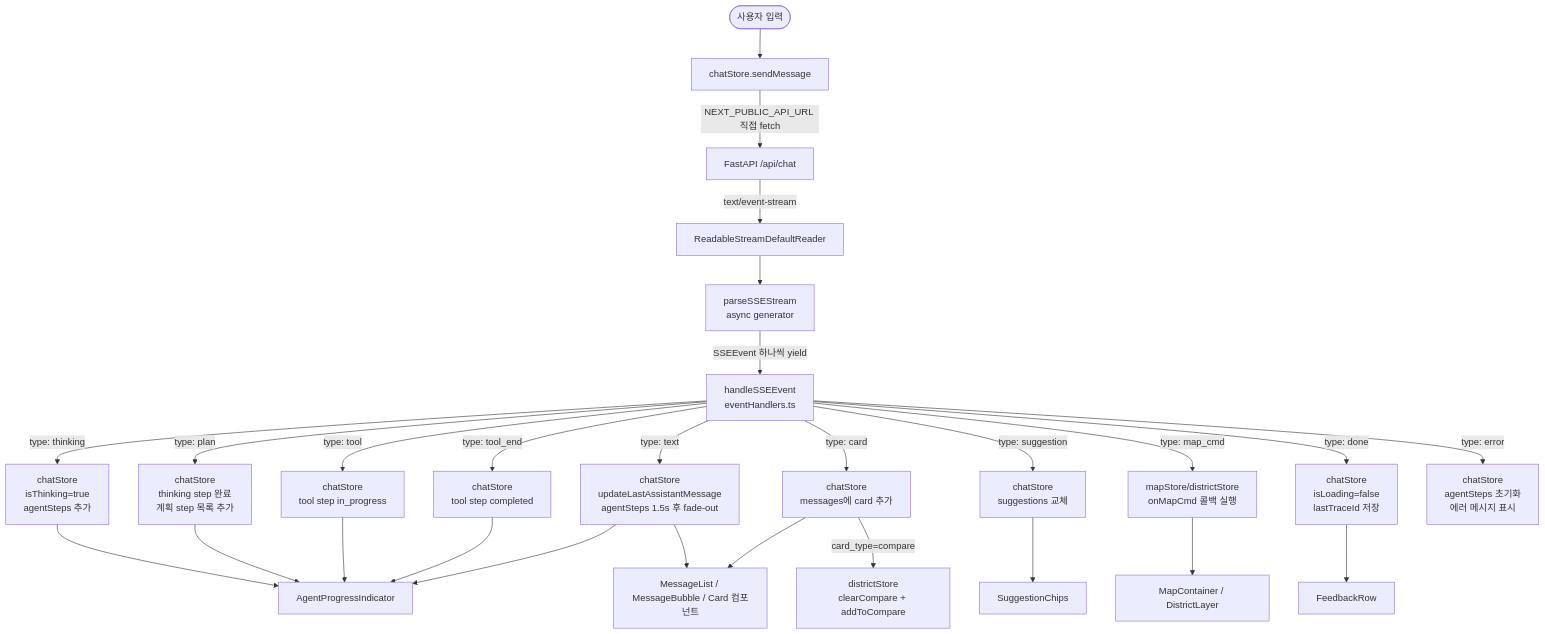
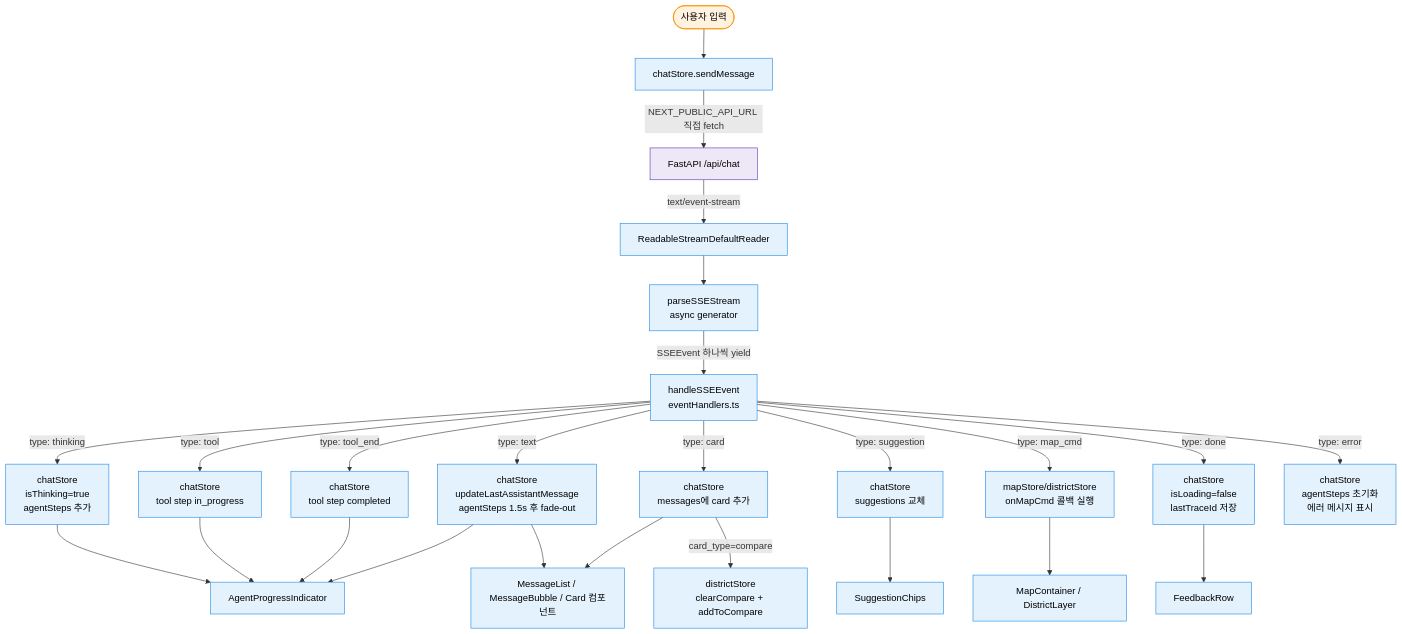
The first of 2 diagrams in docs/learning/02-프론트엔드-화면.md (SJayKim/Catchment-Area-Analysis), drawn with Mermaid before and after one commit. The commit also changed other lines of this file and 6 other files, not shown here.

````diff
--- a/docs/learning/02-프론트엔드-화면.md
+++ b/docs/learning/02-프론트엔드-화면.md
@@ -21,27 +21,33 @@
 ```mermaid
 flowchart TD
-    USER([사용자 입력]) --> SM[chatStore.sendMessage]
-    SM -->|NEXT_PUBLIC_API_URL 직접 fetch| BE[FastAPI /api/chat]
-    BE -->|text/event-stream| READER[ReadableStreamDefaultReader]
-    READER --> PARSER[parseSSEStream\nasync generator]
+    USER([사용자 입력]) --> SM["chatStore.sendMessage"]
+    SM -->|NEXT_PUBLIC_API_URL 직접 fetch| BE["FastAPI /api/chat"]
+    BE -->|text/event-stream| READER["ReadableStreamDefaultReader"]
+    READER --> PARSER["parseSSEStream<br/>async generator"]
 
-    PARSER -->|SSEEvent 하나씩 yield| HANDLER[handleSSEEvent\neventHandlers.ts]
+    PARSER -->|SSEEvent 하나씩 yield| HANDLER["handleSSEEvent<br/>eventHandlers.ts"]
 
-    HANDLER -->|type: thinking| CS1[chatStore\nisThinking=true\nagentSteps 추가]
-    HANDLER -->|type: plan| CS2[chatStore\nthinking step 완료\n계획 step 목록 추가]
-    HANDLER -->|type: tool| CS3[chatStore\ntool step in_progress]
-    HANDLER -->|type: tool_end| CS4[chatStore\ntool step completed]
-    HANDLER -->|type: text| CS5[chatStore\nupdateLastAssistantMessage\nagentSteps 1.5s 후 fade-out]
-    HANDLER -->|type: card| CS6[chatStore\nmessages에 card 추가]
-    CS6 -->|card_type=compare| DS[districtStore\nclearCompare + addToCompare]
-    HANDLER -->|type: suggestion| CS7[chatStore\nsuggestions 교체]
-    HANDLER -->|type: map_cmd| MS[mapStore/districtStore\nonMapCmd 콜백 실행]
-    HANDLER -->|type: done| CS8[chatStore\nisLoading=false\nlastTraceId 저장]
-    HANDLER -->|type: error| CS9[chatStore\nagentSteps 초기화\n에러 메시지 표시]
+    HANDLER -->|type: thinking| CS1["chatStore<br/>isThinking=true<br/>agentSteps 추가"]
+    HANDLER -->|type: tool| CS3["chatStore<br/>tool step in_progress"]
+    HANDLER -->|type: tool_end| CS4["chatStore<br/>tool step completed"]
+    HANDLER -->|type: text| CS5["chatStore<br/>updateLastAssistantMessage<br/>agentSteps 1.5s 후 fade-out"]
+    HANDLER -->|type: card| CS6["chatStore<br/>messages에 card 추가"]
+    CS6 -->|card_type=compare| DS["districtStore<br/>clearCompare + addToCompare"]
+    HANDLER -->|type: suggestion| CS7["chatStore<br/>suggestions 교체"]
+    HANDLER -->|type: map_cmd| MS["mapStore/districtStore<br/>onMapCmd 콜백 실행"]
+    HANDLER -->|type: done| CS8["chatStore<br/>isLoading=false<br/>lastTraceId 저장"]
+    HANDLER -->|type: error| CS9["chatStore<br/>agentSteps 초기화<br/>에러 메시지 표시"]
 
-    CS1 & CS2 & CS3 & CS4 & CS5 --> API[AgentProgressIndicator]
-    CS5 & CS6 --> ML[MessageList / MessageBubble / Card 컴포넌트]
-    CS7 --> SC[SuggestionChips]
-    MS --> MAP[MapContainer / DistrictLayer]
-    CS8 --> FR[FeedbackRow]
+    CS1 & CS3 & CS4 & CS5 --> API["AgentProgressIndicator"]
+    CS5 & CS6 --> ML["MessageList / MessageBubble / Card 컴포넌트"]
+    CS7 --> SC["SuggestionChips"]
+    MS --> MAP["MapContainer / DistrictLayer"]
+    CS8 --> FR["FeedbackRow"]
+
+    classDef fe fill:#e3f2fd,stroke:#1e88e5,color:#000
+    classDef be fill:#ede7f6,stroke:#5e35b1,color:#000
+    classDef ext fill:#fff3e0,stroke:#fb8c00,color:#000
+    class SM,READER,PARSER,HANDLER,CS1,CS3,CS4,CS5,CS6,CS7,CS8,CS9,DS,MS,API,ML,SC,MAP,FR fe
+    class BE be
+    class USER ext
 ```
````
